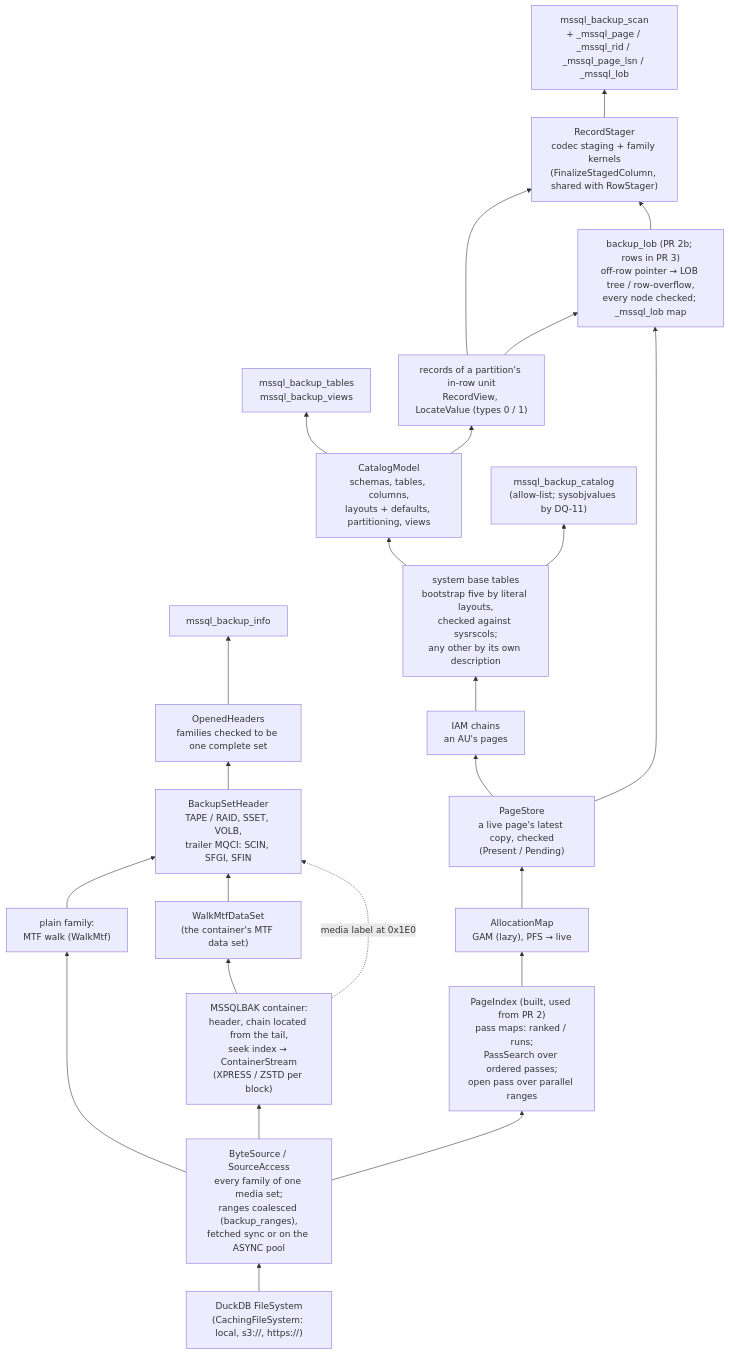
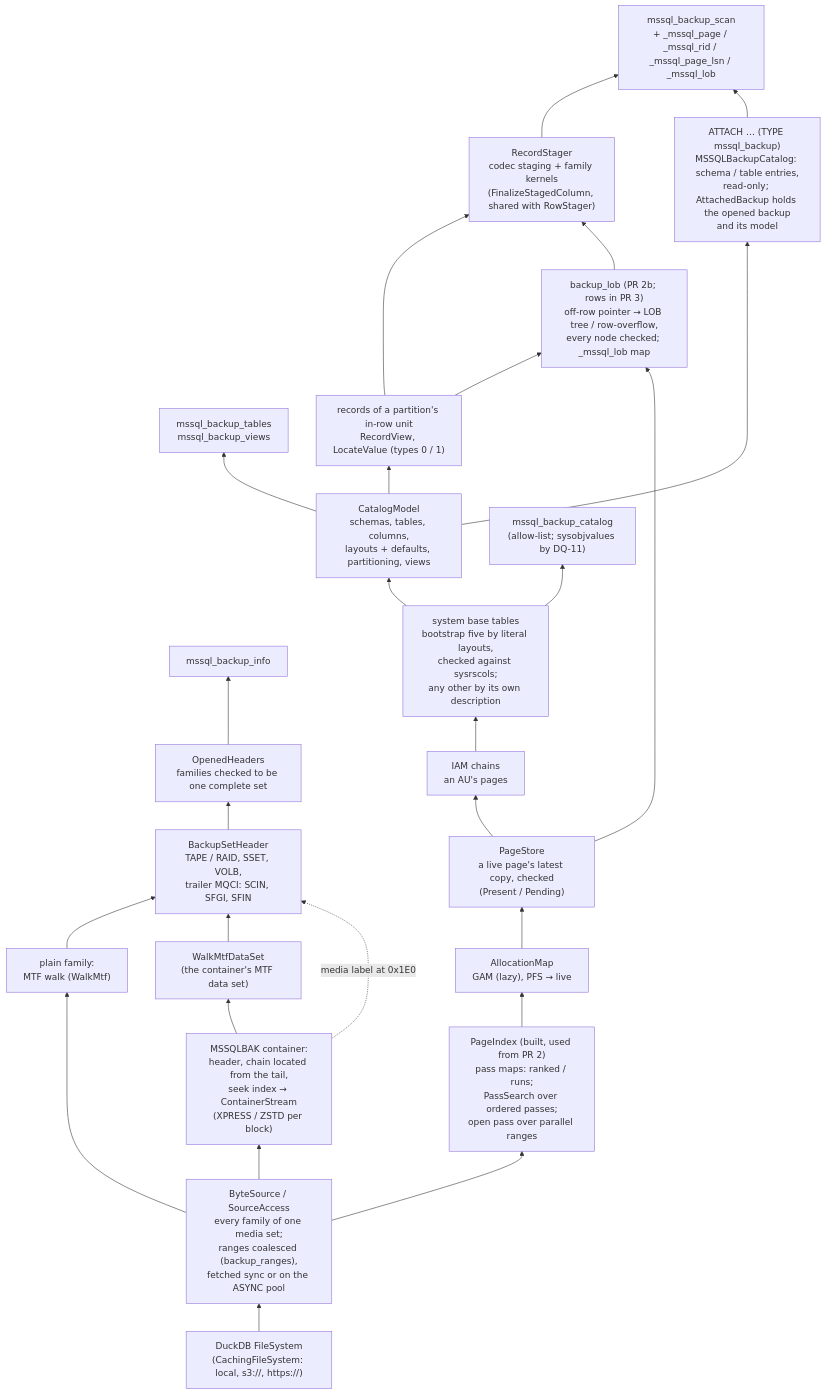
One commit to hugr-lab/mssql-extension changed diagram 19 of 20 in DATAMODEL.md. Above: the diagram before and after it, drawn with Mermaid. The commit also changed other lines of this file and 24 other files, not shown here.

````diff
--- a/DATAMODEL.md
+++ b/DATAMODEL.md
@@ -1433,26 +1433,28 @@
 ```mermaid
 flowchart BT
   fs["DuckDB FileSystem<br/>(CachingFileSystem: local, s3://, https://)"] --> src["ByteSource / SourceAccess<br/>every family of one media set;<br/>ranges coalesced (backup_ranges),<br/>fetched sync or on the ASYNC pool"]
   src --> plain["plain family:<br/>MTF walk (WalkMtf)"]
   src --> cont["MSSQLBAK container:<br/>header, chain located from the tail,<br/>seek index → ContainerStream<br/>(XPRESS / ZSTD per block)"]
   cont --> ds["WalkMtfDataSet<br/>(the container's MTF data set)"]
   plain --> set["BackupSetHeader<br/>TAPE / RAID, SSET, VOLB,<br/>trailer MQCI: SCIN, SFGI, SFIN"]
   ds --> set
   cont -. media label at 0x1E0 .-> set
   set --> opened["OpenedHeaders<br/>families checked to be one complete set"]
   opened --> info["mssql_backup_info"]
   src --> idx["PageIndex (built, used from PR 2)<br/>pass maps: ranked / runs;<br/>PassSearch over ordered passes;<br/>open pass over parallel ranges"]
   idx --> alloc["AllocationMap<br/>GAM (lazy), PFS → live"]
   alloc --> store["PageStore<br/>a live page's latest copy, checked<br/>(Present / Pending)"]
   store --> iam["IAM chains<br/>an AU's pages"]
   iam --> sys["system base tables<br/>bootstrap five by literal layouts,<br/>checked against sysrscols;<br/>any other by its own description"]
   sys --> model["CatalogModel<br/>schemas, tables, columns,<br/>layouts + defaults, partitioning, views"]
   model --> tables["mssql_backup_tables<br/>mssql_backup_views"]
   sys --> basetables["mssql_backup_catalog<br/>(allow-list; sysobjvalues by DQ-11)"]
   model --> rec["records of a partition's in-row unit<br/>RecordView, LocateValue (types 0 / 1)"]
   rec --> stager["RecordStager<br/>codec staging + family kernels<br/>(FinalizeStagedColumn, shared with RowStager)"]
   rec --> lob["backup_lob (PR 2b; rows in PR 3)<br/>off-row pointer → LOB tree / row-overflow,<br/>every node checked; _mssql_lob map"]
   store --> lob
   lob --> stager
   stager --> scan["mssql_backup_scan<br/>+ _mssql_page / _mssql_rid / _mssql_page_lsn / _mssql_lob"]
+  model --> att["ATTACH … (TYPE mssql_backup)<br/>MSSQLBackupCatalog: schema / table entries,<br/>read-only; AttachedBackup holds the opened backup<br/>and its model"]
+  att --> scan
 ```
````
